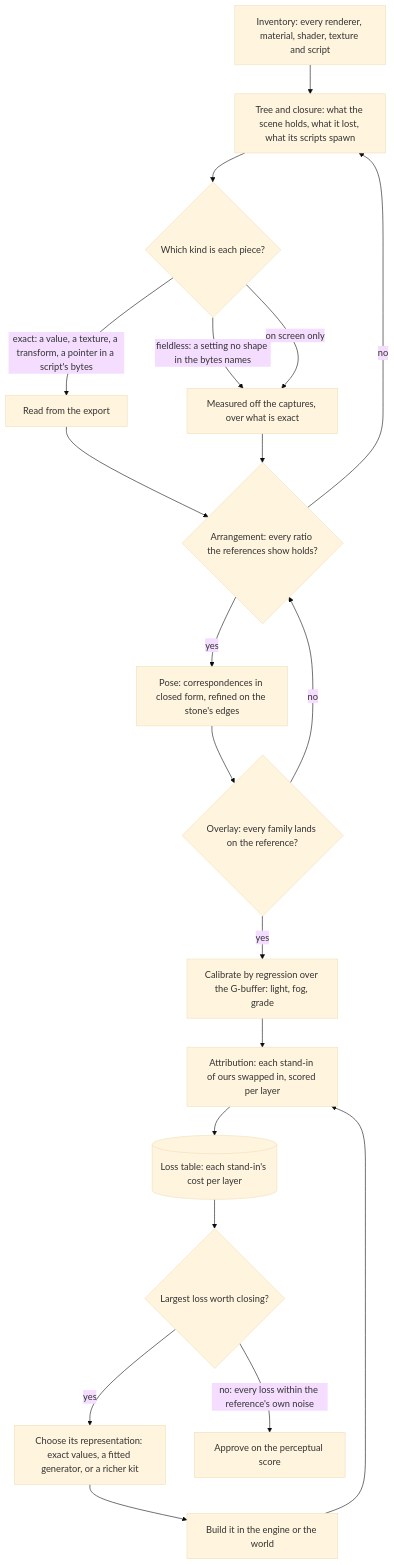
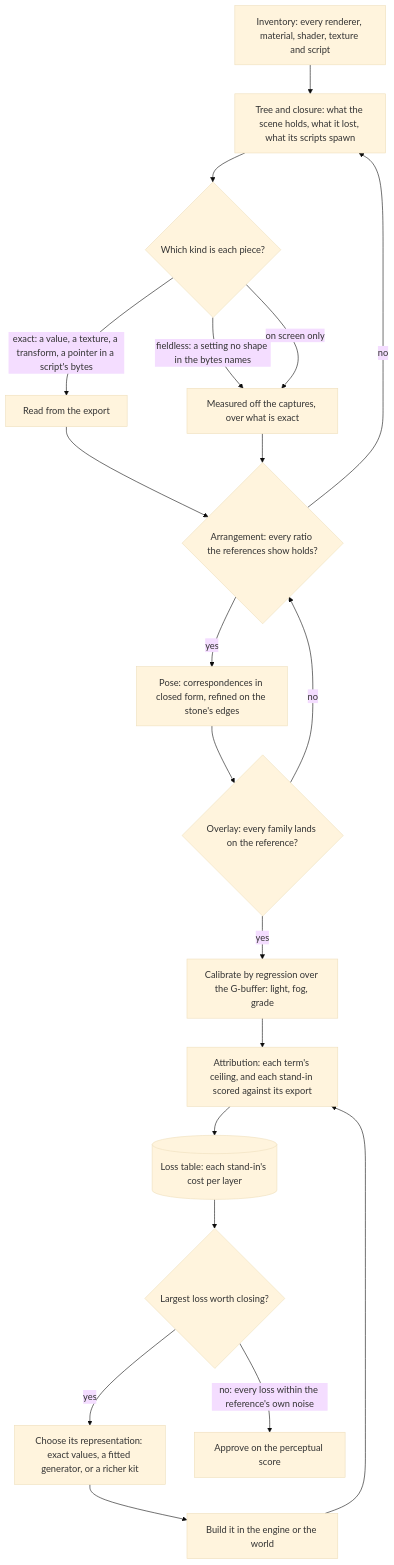
The diagram in apps/web/content/docs/proposals/genshin/scene-derivation.md (Esposter/Esposter), drawn with Mermaid (base theme) before and after one commit. The commit also changed other lines of this file, not shown here.

First line of the commit message:
docs(genshin): scene derivation describes rank as it runs, ceilings and stand-ins beside their exports, not a ladder of swaps

````diff
--- a/apps/web/content/docs/proposals/genshin/scene-derivation.md
+++ b/apps/web/content/docs/proposals/genshin/scene-derivation.md
@@ -29,22 +29,22 @@
 ```mermaid
 flowchart TD
   I["Inventory: every renderer, material, shader, texture and script"] --> T["Tree and closure: what the scene holds, what it lost, what its scripts spawn"]
   T --> K{Which kind is each piece?}
   K -->|"exact: a value, a texture, a transform, a pointer in a script's bytes"| X[Read from the export]
   K -->|"fieldless: a setting no shape in the bytes names"| M[Measured off the captures, over what is exact]
   K -->|"on screen only"| M
   X --> A{"Arrangement: every ratio the references show holds?"}
   M --> A
   A -->|no| T
   A -->|yes| P["Pose: correspondences in closed form, refined on the stone's edges"]
   P --> W{"Overlay: every family lands on the reference?"}
   W -->|no| A
   W -->|yes| C["Calibrate by regression over the G-buffer: light, fog, grade"]
-  C --> L["Attribution: each stand-in of ours swapped in, scored per layer"]
+  C --> L["Attribution: each term's ceiling, and each stand-in scored against its export"]
   L --> TB[(Loss table: each stand-in's cost per layer)]
   TB --> Q{Largest loss worth closing?}
   Q -->|yes| R["Choose its representation: exact values, a fitted generator, or a richer kit"]
   R --> B[Build it in the engine or the world]
   B --> L
   Q -->|"no: every loss within the reference's own noise"| D[Approve on the perceptual score]
 ```
````
